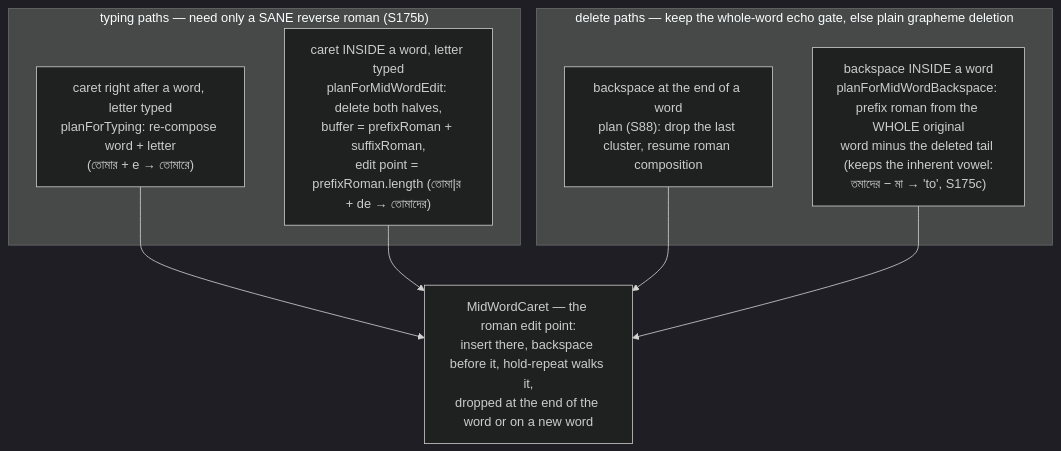
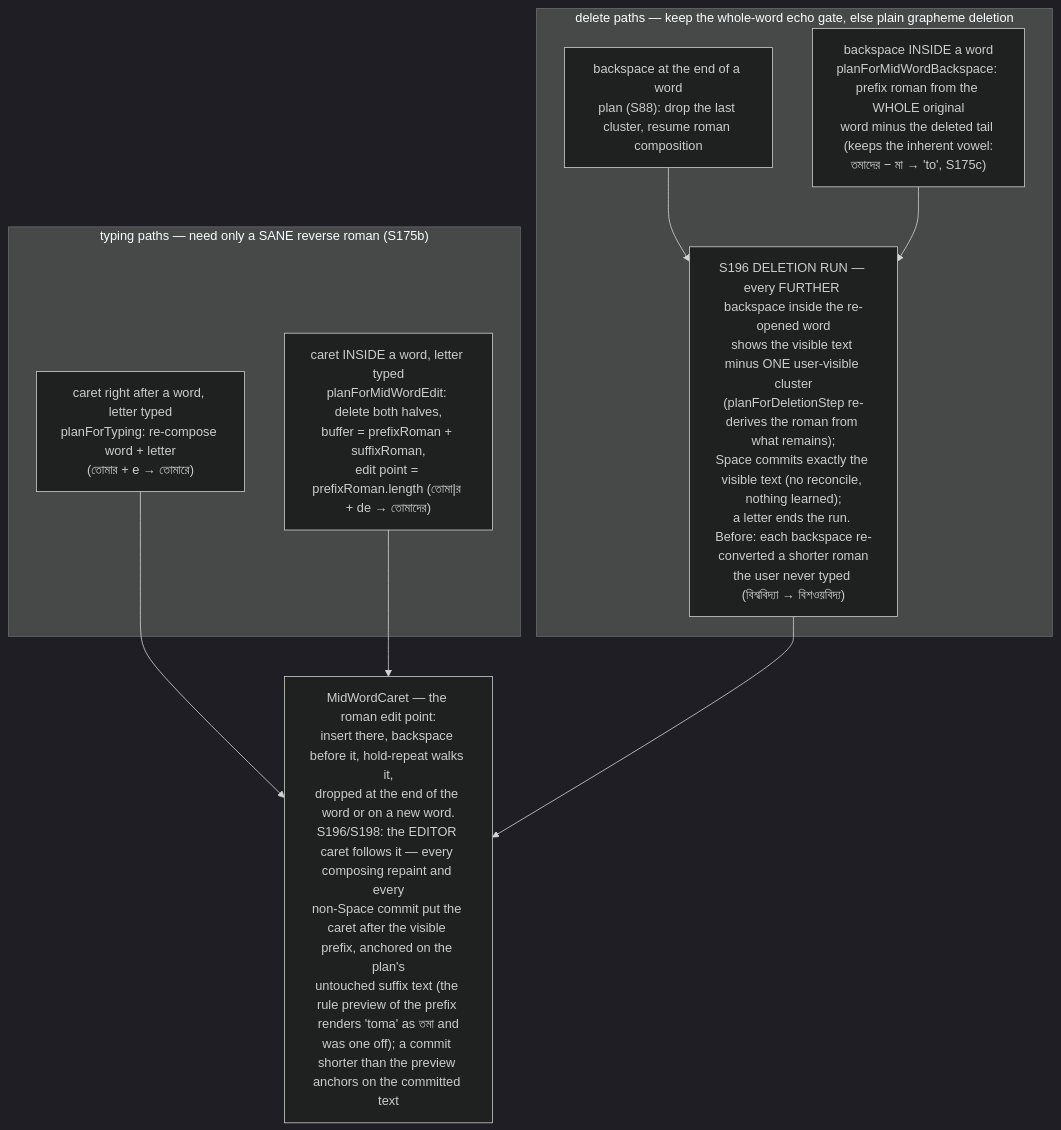
Before and after one commit to Shahabul87/banglu-kmp: the seventh of 10 diagrams in docs/architecture/engine-architecture.md, drawn with Mermaid (dark theme). The commit also changed other lines of this file, not shown here.

First line of the commit message:
docs(architecture): fold S194–S198 into the engine reference — spacebar rollover, hold-c direct marker, keystroke memory budget, deletion run + mid-word caret, z-faithful law, full-profile default, explicit marker never reranked

````diff
--- a/docs/architecture/engine-architecture.md
+++ b/docs/architecture/engine-architecture.md
@@ -350,12 +382,14 @@
 ```mermaid
 flowchart TD
     subgraph T["typing paths — need only a SANE reverse roman (S175b)"]
         T1["caret right after a word, letter typed<br/>planForTyping: re-compose word + letter<br/>(তোমার + e → তোমারে)"]
         T2["caret INSIDE a word, letter typed<br/>planForMidWordEdit: delete both halves,<br/>buffer = prefixRoman + suffixRoman,<br/>edit point = prefixRoman.length (তোমা|র + de → তোমাদের)"]
     end
     subgraph D["delete paths — keep the whole-word echo gate, else plain grapheme deletion"]
         D1["backspace at the end of a word<br/>plan (S88): drop the last cluster, resume roman composition"]
         D2["backspace INSIDE a word<br/>planForMidWordBackspace: prefix roman from the WHOLE original<br/>word minus the deleted tail (keeps the inherent vowel:<br/>তমাদের − মা → 'to', S175c)"]
+        D3["S196 DELETION RUN — every FURTHER backspace inside the re-opened word<br/>shows the visible text minus ONE user-visible cluster<br/>(planForDeletionStep re-derives the roman from what remains);<br/>Space commits exactly the visible text (no reconcile, nothing learned);<br/>a letter ends the run. Before: each backspace re-converted a shorter roman<br/>the user never typed (বিশ্ববিদ্যা → বিশওয়বিদ্য)"]
+        D1 & D2 --> D3
     end
-    T1 & T2 & D1 & D2 --> MC["MidWordCaret — the roman edit point:<br/>insert there, backspace before it, hold-repeat walks it,<br/>dropped at the end of the word or on a new word"]
+    T1 & T2 & D3 --> MC["MidWordCaret — the roman edit point:<br/>insert there, backspace before it, hold-repeat walks it,<br/>dropped at the end of the word or on a new word.<br/>S196/S198: the EDITOR caret follows it — every composing repaint and every<br/>non-Space commit put the caret after the visible prefix, anchored on the plan's<br/>untouched suffix text (the rule preview of the prefix renders 'toma' as তমা and<br/>was one off); a commit shorter than the preview anchors on the committed text"]
 ```
````
